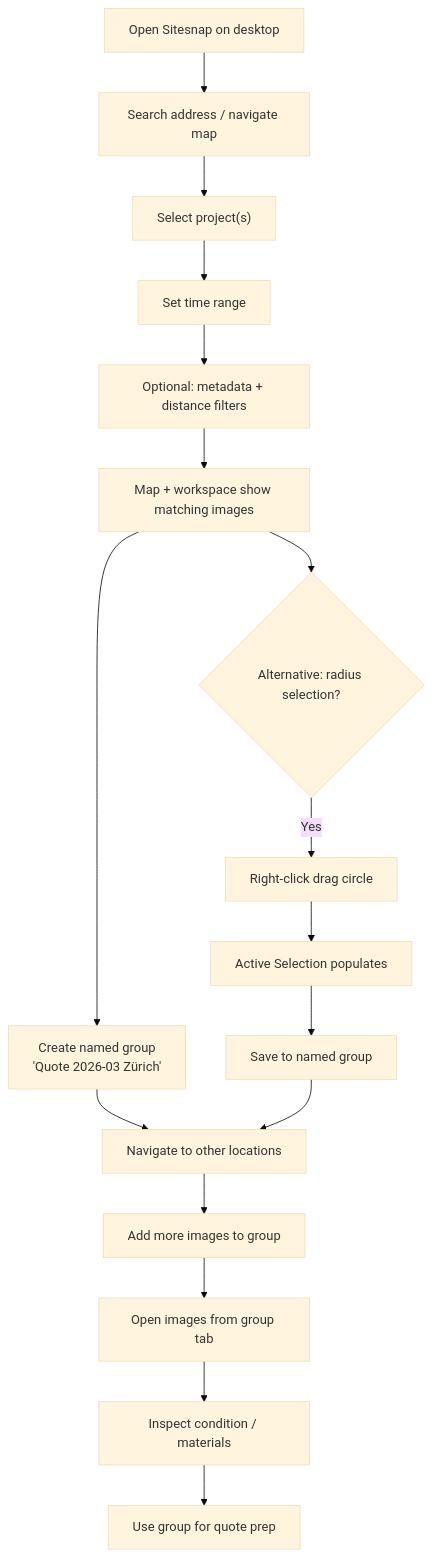
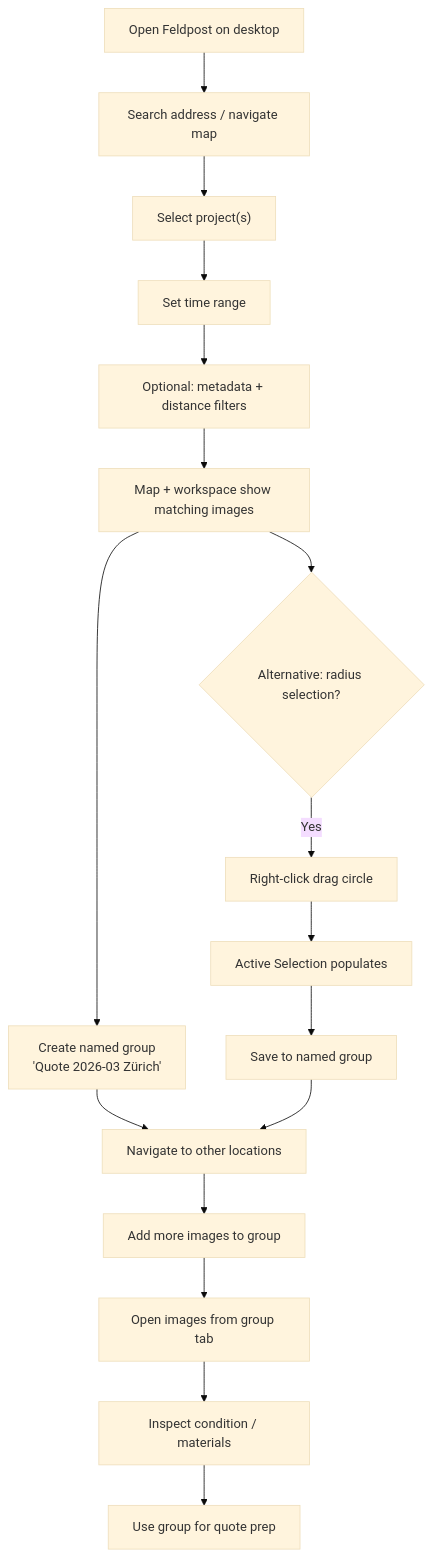
One commit to matkleve/sitesnap changed the second of 5 diagrams in docs/archive/use-cases-README.md. Above: the diagram before and after it, drawn with Mermaid (base theme). The commit also changed other lines of this file and 60 other files, not shown here.

````diff
--- a/docs/archive/use-cases-README.md
+++ b/docs/archive/use-cases-README.md
@@ -168,20 +168,20 @@
 ```mermaid
 flowchart TD
-    A["Open Sitesnap on desktop"] --> B["Search address / navigate map"]
+    A["Open Feldpost on desktop"] --> B["Search address / navigate map"]
     B --> C["Select project(s)"]
     C --> D["Set time range"]
     D --> E["Optional: metadata + distance filters"]
     E --> F["Map + workspace show matching images"]
     F --> G["Create named group\n'Quote 2026-03 Zürich'"]
     G --> H["Navigate to other locations"]
     H --> I["Add more images to group"]
     I --> J["Open images from group tab"]
     J --> K["Inspect condition / materials"]
     K --> L["Use group for quote prep"]
 
     F --> ALT{"Alternative: radius selection?"}
     ALT -->|Yes| M["Right-click drag circle"]
     M --> N["Active Selection populates"]
     N --> O["Save to named group"]
     O --> H
 ```
````
